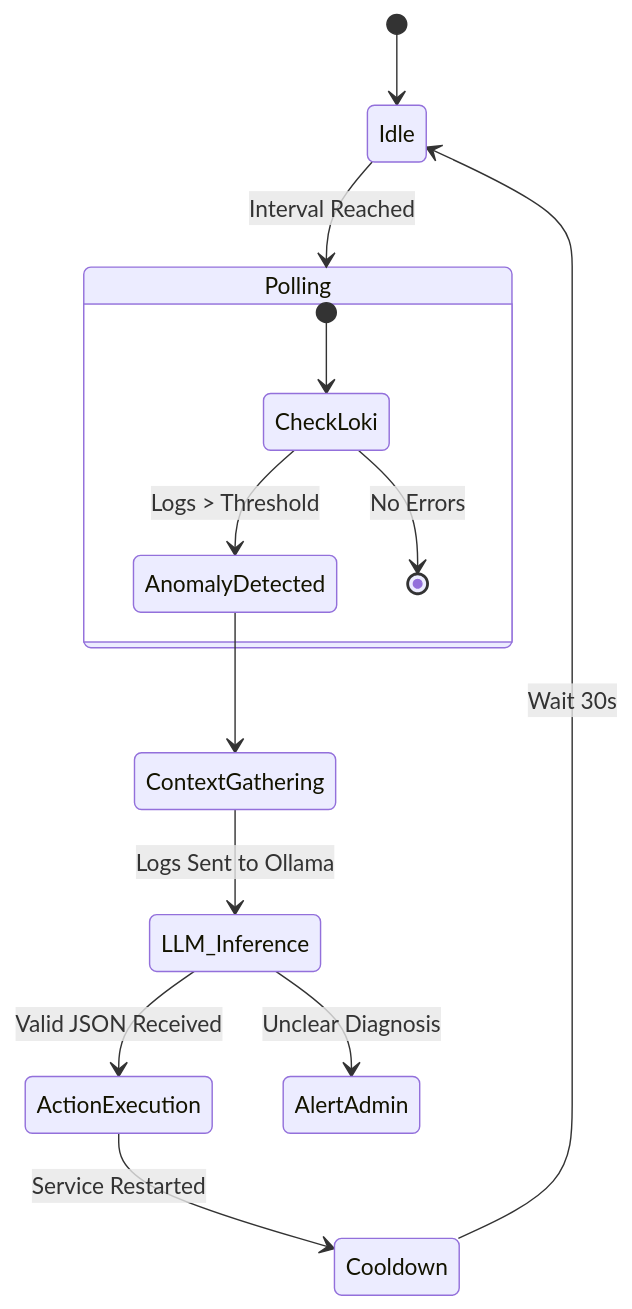
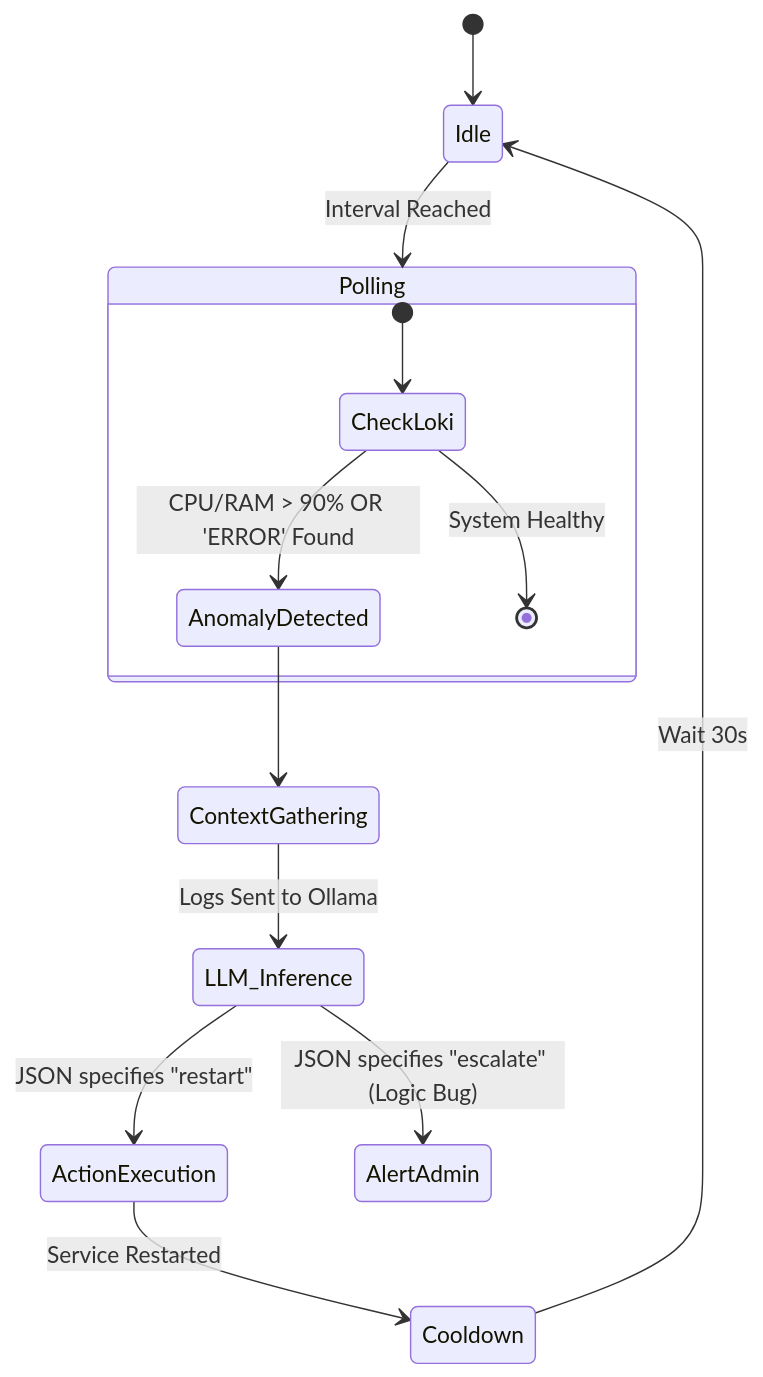
Before and after one commit to sedna08/chaos-and-recovery-agent: the third of 4 diagrams in docs/functional_design_document.md, drawn with Mermaid. The commit also changed other lines of this file and 1 other file, not shown here.

````diff
--- a/docs/functional_design_document.md
+++ b/docs/functional_design_document.md
@@ -125,20 +131,20 @@
 ```mermaid
 stateDiagram-v2
     [*] --> Idle
     Idle --> Polling: Interval Reached
 
     state Polling {
         [*] --> CheckLoki
-        CheckLoki --> AnomalyDetected: Logs > Threshold
-        CheckLoki --> [*]: No Errors
+        CheckLoki --> AnomalyDetected: CPU/RAM > 90% OR 'ERROR' Found
+        CheckLoki --> [*]: System Healthy
     }
 
     AnomalyDetected --> ContextGathering
     ContextGathering --> LLM_Inference: Logs Sent to Ollama
 
-    LLM_Inference --> ActionExecution: Valid JSON Received
-    LLM_Inference --> AlertAdmin: Unclear Diagnosis
+    LLM_Inference --> ActionExecution: JSON specifies "restart"
+    LLM_Inference --> AlertAdmin: JSON specifies "escalate" (Logic Bug)
 
     ActionExecution --> Cooldown: Service Restarted
     Cooldown --> Idle: Wait 30s
 ```
````
